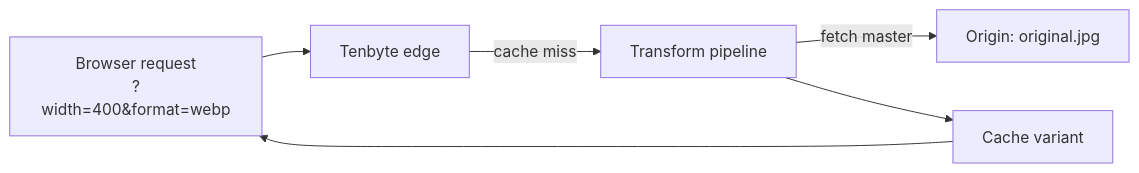
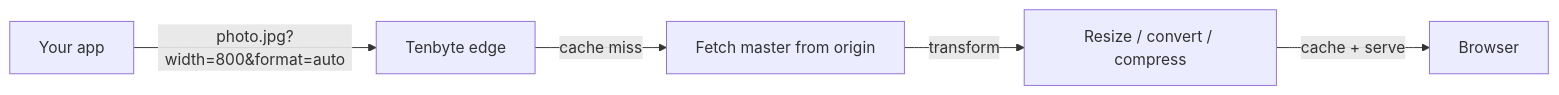
Before and after one commit to tenbytehq/docs.tenbyte.io: the diagram in docs/cdn/distributions/image-optimizer.mdx, drawn with Mermaid. The commit also changed other lines of this file and 3 other files, not shown here.

````diff
--- a/docs/cdn/distributions/image-optimizer.mdx
+++ b/docs/cdn/distributions/image-optimizer.mdx
@@ -12,8 +12,7 @@
 ```mermaid
 flowchart LR
-    BROWSER[Browser request<br/>?width=400&format=webp] --> EDGE[Tenbyte edge]
-    EDGE -->|cache miss| TRANSFORM[Transform pipeline]
-    TRANSFORM -->|fetch master| ORIGIN[Origin: original.jpg]
-    TRANSFORM --> CACHE[Cache variant]
-    CACHE --> BROWSER
+    APP[Your app] -->|"photo.jpg?width=800&format=auto"| EDGE[Tenbyte edge]
+    EDGE -->|cache miss| FETCH[Fetch master from origin]
+    FETCH -->|transform| VARIANT[Resize / convert / compress]
+    VARIANT -->|cache + serve| BROWSER[Browser]
 ```
````
